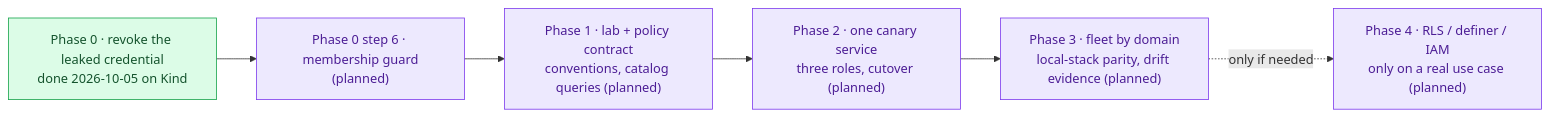
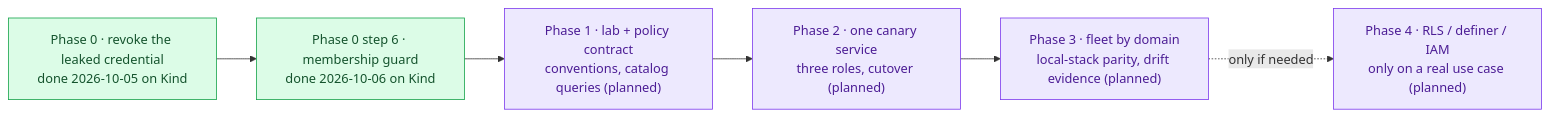
Before and after one commit to duynhlab/homelab: the second of 2 diagrams in docs/proposals/rfc/RFC-0029/README.md, drawn with Mermaid. The commit also changed other lines of this file and 13 other files, not shown here.

First line of the commit message:
Guard the vault_rotator membership options (#1233)

````diff
--- a/docs/proposals/rfc/RFC-0029/README.md
+++ b/docs/proposals/rfc/RFC-0029/README.md
@@ -186,14 +187,14 @@
 ```mermaid
 flowchart LR
     p0["Phase 0 · revoke the leaked credential<br/>done 2026-10-05 on Kind"]:::data
-    p0g["Phase 0 step 6 · membership guard<br/>(planned)"]:::platform
+    p0g["Phase 0 step 6 · membership guard<br/>done 2026-10-06 on Kind"]:::data
     p1["Phase 1 · lab + policy contract<br/>conventions, catalog queries (planned)"]:::platform
     p2["Phase 2 · one canary service<br/>three roles, cutover (planned)"]:::platform
     p3["Phase 3 · fleet by domain<br/>local-stack parity, drift evidence (planned)"]:::platform
     p4["Phase 4 · RLS / definer / IAM<br/>only on a real use case (planned)"]:::platform
 
     p0 --> p0g --> p1 --> p2 --> p3 -. "only if needed" .-> p4
 
     classDef platform fill:#ede9fe,color:#4c1d95,stroke:#7c3aed;
     classDef data fill:#dcfce7,color:#14532d,stroke:#16a34a;
 ```
````
